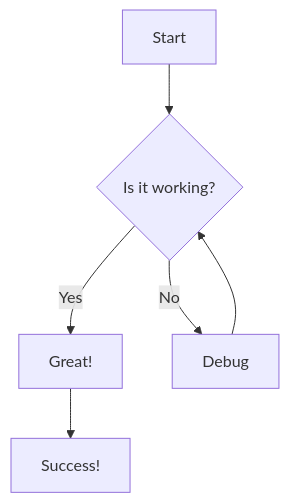
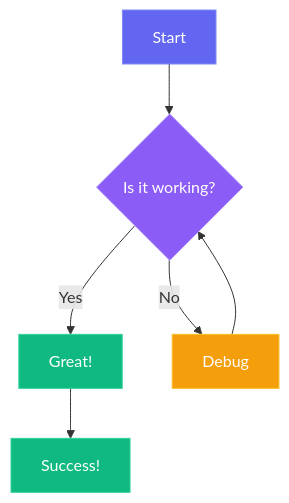
Before and after one commit to Astrocyte74/clawd: the first of 3 diagrams in src/content/mermaid-demo.md, drawn with Mermaid. The commit also changed 1 other file, not shown here.

Commit message:
fix: improve Mermaid diagram visibility and styling
- Enhanced dark mode theme with better contrast
- Added custom colors to flowchart for visual clarity
- Improved edge labels and line visibility
- Better spacing on Yes/No labels

````diff
--- a/src/content/mermaid-demo.md
+++ b/src/content/mermaid-demo.md
@@ -14,8 +14,14 @@
 ```mermaid
 graph TD
     A[Start] --> B{Is it working?}
-    B -->|Yes| C[Great!]
-    B -->|No| D[Debug]
+    B -->| Yes | C[Great!]
+    B -->| No | D[Debug]
     D --> B
     C --> E[Success!]
+
+    style A fill:#6366f1,stroke:#818cf8,color:#fff
+    style C fill:#10b981,stroke:#34d399,color:#fff
+    style D fill:#f59e0b,stroke:#fbbf24,color:#fff
+    style E fill:#10b981,stroke:#34d399,color:#fff
+    style B fill:#8b5cf6,stroke:#a78bfa,color:#fff
 ```
````
